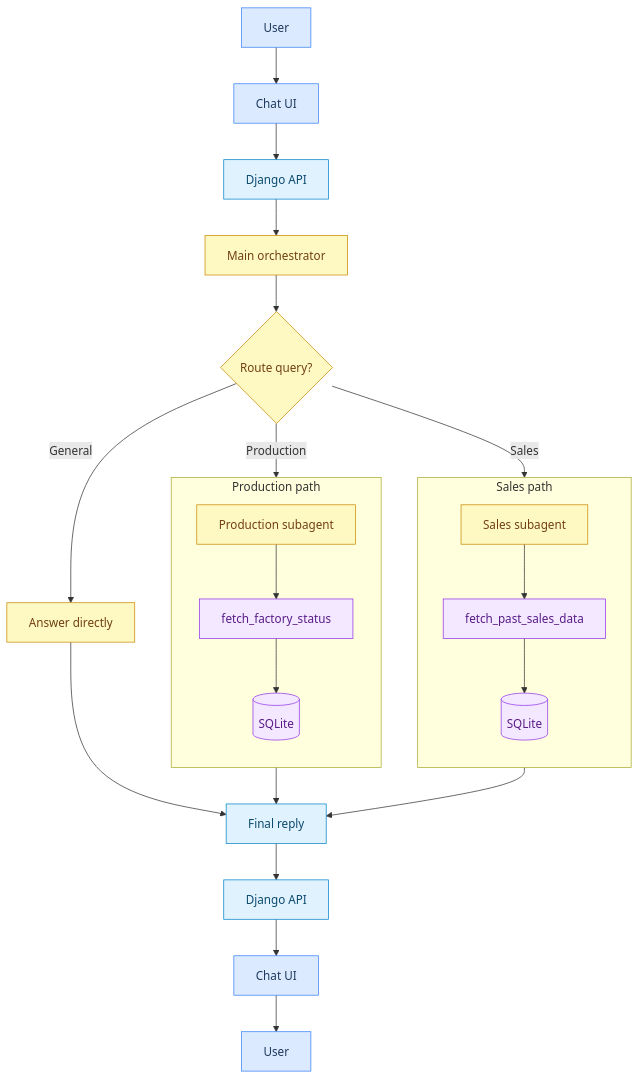
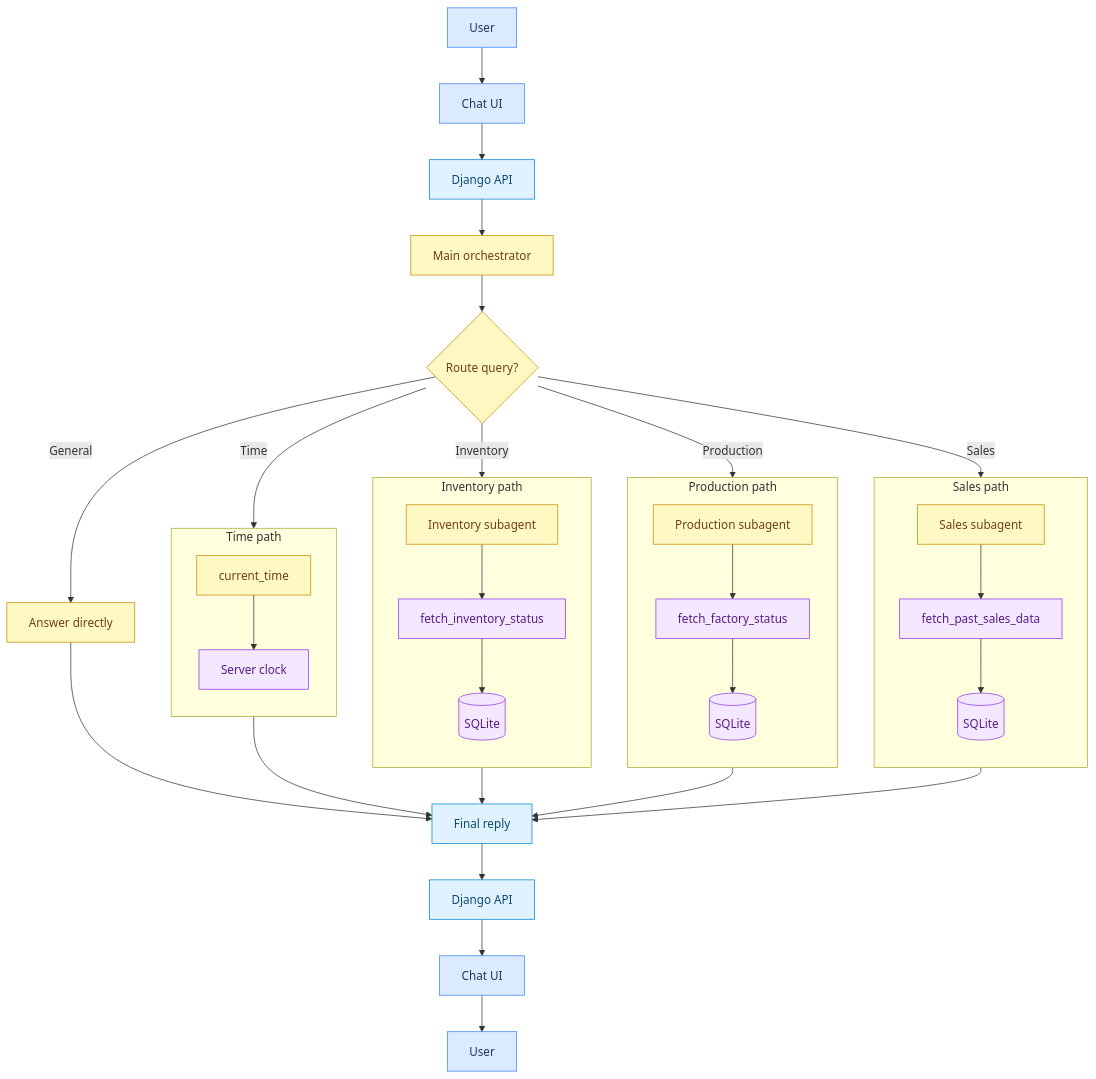
The diagram in README.md (kskdmn/strands-test), drawn with Mermaid before and after one commit. The commit also changed other lines of this file and 11 other files, not shown here.

````diff
--- a/README.md
+++ b/README.md
@@ -14,40 +16,54 @@
 ```mermaid
 flowchart TB
     User[User] --> UI[Chat UI]
     UI --> API[Django API]
     API --> Orch[Main orchestrator]
     Orch --> Route{Route query?}
 
     Route -->|General| Direct[Answer directly]
 
     subgraph SalesPath["Sales path"]
         direction TB
         SA[Sales subagent] --> ST[fetch_past_sales_data] --> SDB[(SQLite)]
     end
 
     subgraph ProdPath["Production path"]
         direction TB
         PA[Production subagent] --> PT[fetch_factory_status] --> PDB[(SQLite)]
     end
 
+    subgraph InvPath["Inventory path"]
+        direction TB
+        IA[Inventory subagent] --> IT[fetch_inventory_status] --> IDB[(SQLite)]
+    end
+
+    subgraph TimePath["Time path"]
+        direction TB
+        CT[current_time] --> Clock[Server clock]
+    end
+
     Route -->|Sales| SA
     Route -->|Production| PA
+    Route -->|Inventory| IA
+    Route -->|Time| CT
 
     Direct --> Reply[Final reply]
     SA --> Reply
     PA --> Reply
+    IA --> Reply
+    CT --> Reply
 
     Reply --> RespAPI[Django API]
     RespAPI --> RespUI[Chat UI]
     RespUI --> UserOut[User]
 
     classDef client fill:#dbeafe,stroke:#3b82f6,color:#1e3a5f
     classDef server fill:#e0f2fe,stroke:#0284c7,color:#0c4a6e
     classDef agent fill:#fef9c3,stroke:#ca8a04,color:#713f12
     classDef data fill:#f3e8ff,stroke:#9333ea,color:#581c87
 
     class User,UI,RespUI,UserOut client
     class API,RespAPI,Reply server
-    class Orch,Route,Direct,SA,PA agent
-    class ST,PT,SDB,PDB data
+    class Orch,Route,Direct,SA,PA,IA,CT agent
+    class ST,PT,IT,SDB,PDB,IDB,Clock data
 ```
````
